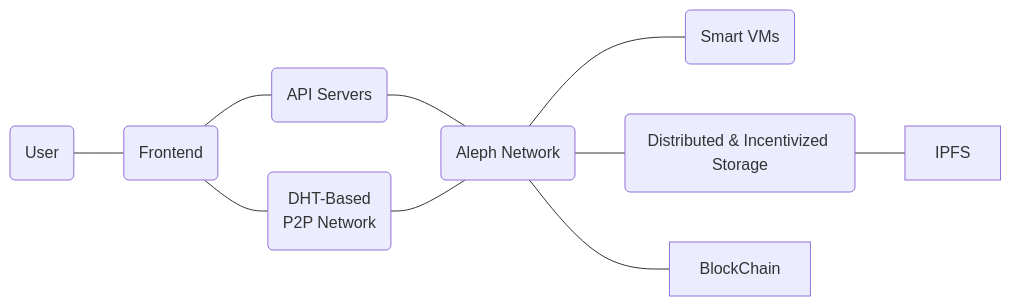
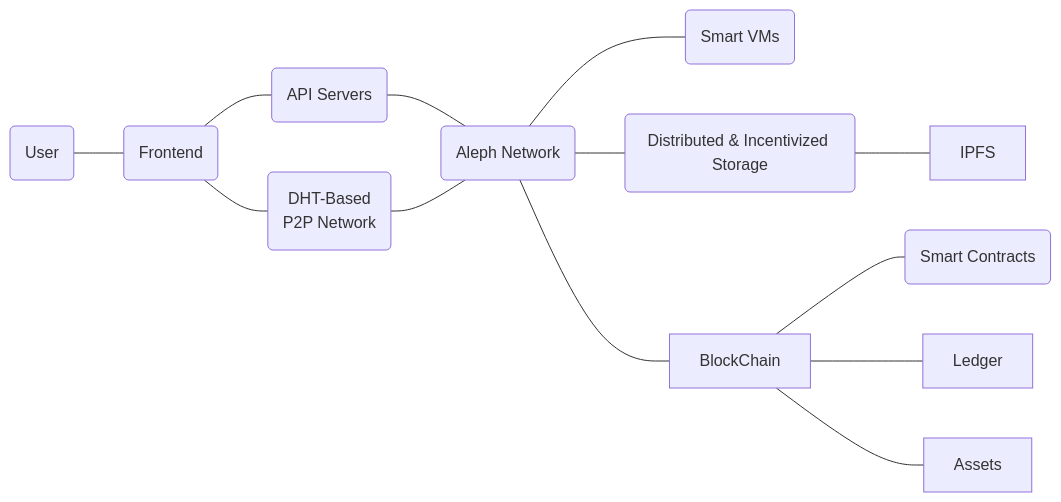
The first of 3 diagrams in slides.md (moshemalawach/aleph-talk), drawn with Mermaid before and after one commit. The commit also changed other lines of this file and 12 other files, not shown here.

````diff
--- a/slides.md
+++ b/slides.md
@@ -30,24 +30,30 @@
 ```mermaid
 graph LR
 
   User(User) --- Frontend(Frontend)
   Frontend --- APIS(API Servers)
   Frontend --- P2PN(DHT-Based<br>P2P Network)
   APIS --- ALP(Aleph Network)
   P2PN --- ALP
   ALP --- SVM(Smart VMs)
   ALP --- STR(Distributed & Incentivized Storage)
   STR --- IPFS
   ALP --- BlockChain
-  
-  class User,Frontend,APIS,P2PN,ALP,SVM,STR,IPFS,BlockChain icon-node;
+  BlockChain --- SMC(Smart Contracts)
+  BlockChain --- Ledger
+  BlockChain --- Assets
+
+  class User,Frontend,APIS,P2PN,ALP,SVM,STR,IPFS,BlockChain,SMC,Ledger,Assets icon-node;
   class User girl;
   class Frontend web;
   class APIS api;
   class P2PN sat;
   class SVM brain;
   class STR hosting;
   class ALP planets;
   class IPFS ipfs;
   class BlockChain blockchain;
+  class SMC contract;
+  class Ledger finances;
+  class Assets assets;
 ```
````
